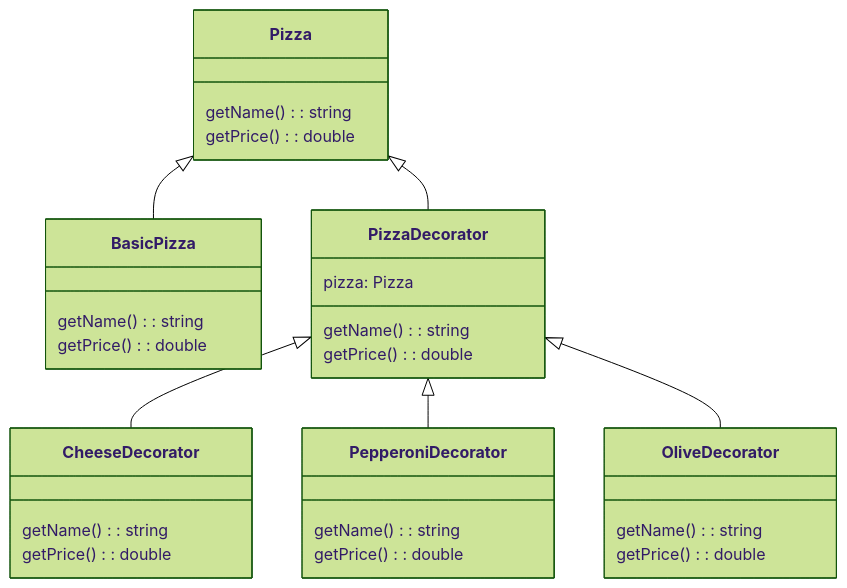
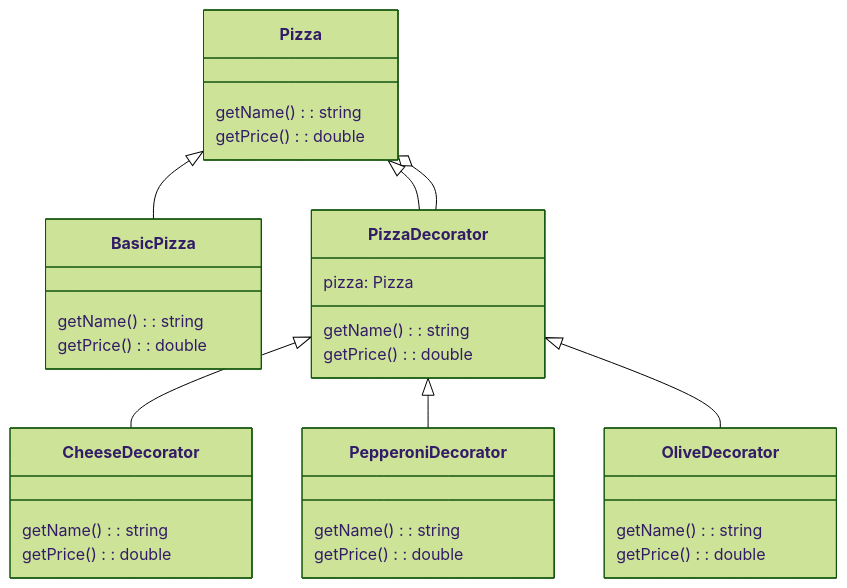
One commit to gemini9764/obsidian_remote changed the second of 3 diagrams in Spaces/Unreal Engine/스파르타/디자인 패턴.md. Above: the diagram before and after it, drawn with Mermaid (forest theme). The commit also changed other lines of this file and 5 other files, not shown here.

````diff
--- a/Spaces/Unreal Engine/스파르타/디자인 패턴.md
+++ b/Spaces/Unreal Engine/스파르타/디자인 패턴.md
@@ -129,33 +129,34 @@
 ```mermaid
 classDiagram
 Pizza <|-- BasicPizza
 Pizza <|-- PizzaDecorator
+Pizza o-- PizzaDecorator
 PizzaDecorator <|-- CheeseDecorator
 PizzaDecorator <|-- PepperoniDecorator
 PizzaDecorator <|-- OliveDecorator
 class Pizza{
 getName(): string
 getPrice(): double
 }
 class BasicPizza{
 getName(): string
 getPrice(): double
 }
 class PizzaDecorator{
 pizza: Pizza
 getName(): string
 getPrice(): double
 }
 class CheeseDecorator{
 getName(): string
 getPrice(): double
 }
 class PepperoniDecorator{
 getName(): string
 getPrice(): double
 }
 class OliveDecorator{
 getName(): string
 getPrice(): double
 }
 ```
````
